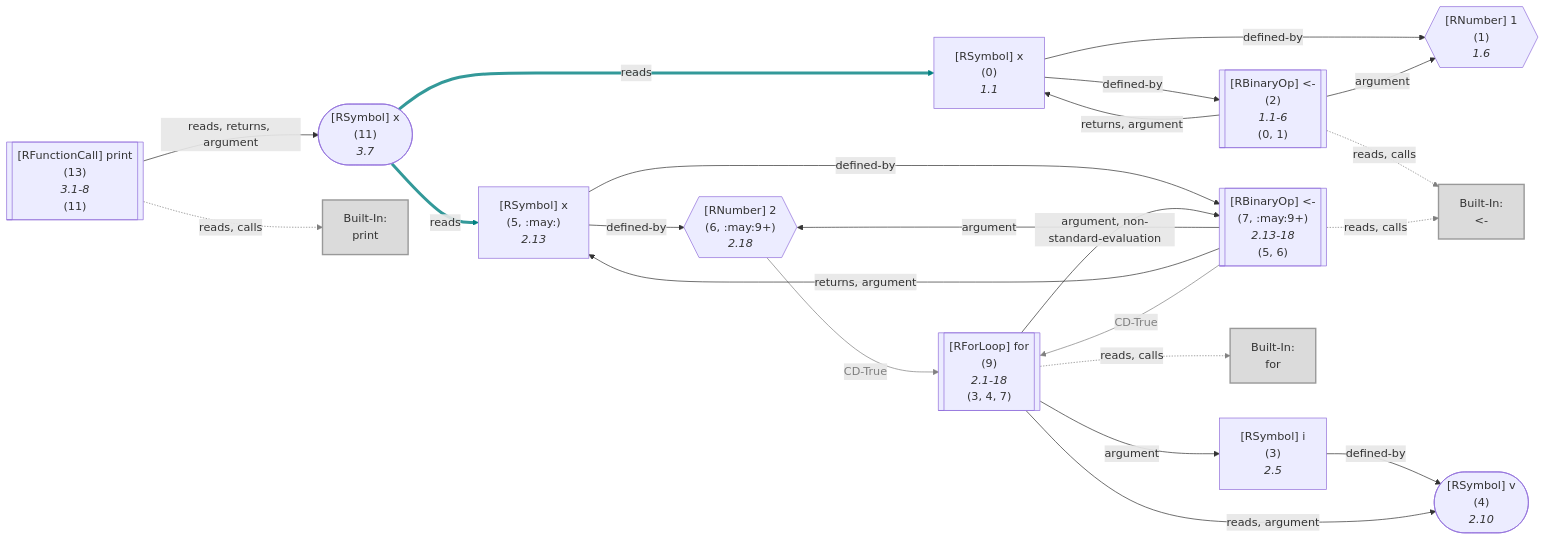
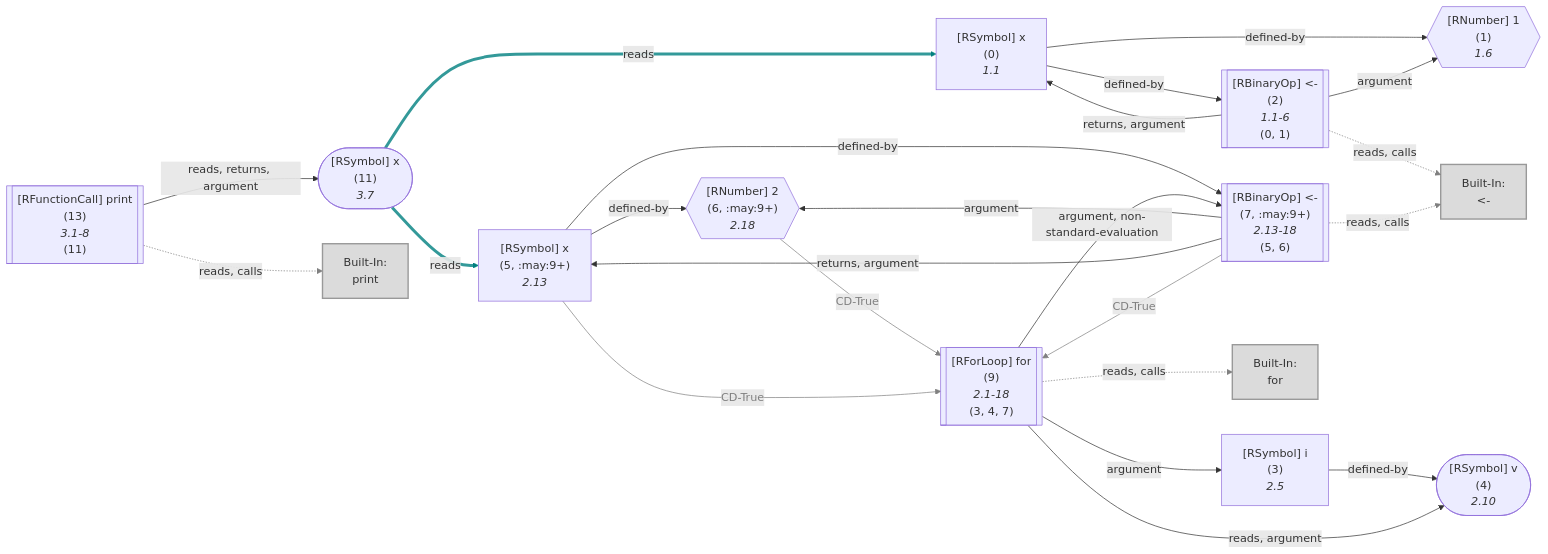
One commit to flowr-analysis/flowr changed the tenth of 51 diagrams in wiki/Dataflow Graph.md. Above: the diagram before and after it, drawn with Mermaid. The commit also changed other lines of this file and 13 other files, not shown here.

Commit message:
[skip ci] doc: update generated wiki pages (wiki/Capabilities,wiki/Dataflow Graph,wiki/Interface,wiki/Core,README)

````diff
--- a/wiki/Dataflow Graph.md
+++ b/wiki/Dataflow Graph.md
@@ -945,78 +945,80 @@
 ```mermaid
 flowchart LR
     1{{"`#91;RNumber#93; 1
       (1)
       *1.6*`"}}
     0["`#91;RSymbol#93; x
       (0)
       *1.1*`"]
     2[["`#91;RBinaryOp#93; #60;#45;
       (2)
       *1.1-6*
     (0, 1)`"]]
     built-in:_-["`Built-In:
 #60;#45;`"]
     style built-in:_- stroke:gray,fill:lightgray,stroke-width:2px,opacity:.8;
     3["`#91;RSymbol#93; i
       (3)
       *2.5*`"]
     4(["`#91;RSymbol#93; v
       (4)
       *2.10*`"])
     6{{"`#91;RNumber#93; 2
       (6, :may:9+)
       *2.18*`"}}
     5["`#91;RSymbol#93; x
-      (5, :may:)
+      (5, :may:9+)
       *2.13*`"]
     7[["`#91;RBinaryOp#93; #60;#45;
       (7, :may:9+)
       *2.13-18*
     (5, 6)`"]]
     9[["`#91;RForLoop#93; for
       (9)
       *2.1-18*
     (3, 4, 7)`"]]
     built-in:for["`Built-In:
 for`"]
     style built-in:for stroke:gray,fill:lightgray,stroke-width:2px,opacity:.8;
     11(["`#91;RSymbol#93; x
       (11)
       *3.7*`"])
     13[["`#91;RFunctionCall#93; print
       (13)
       *3.1-8*
     (11)`"]]
     built-in:print["`Built-In:
 print`"]
     style built-in:print stroke:gray,fill:lightgray,stroke-width:2px,opacity:.8;
     0 -->|"defined-by"| 1
     0 -->|"defined-by"| 2
     2 -->|"argument"| 1
     2 -->|"returns, argument"| 0
     2 -.->|"reads, calls"| built-in:_-
     linkStyle 4 stroke:gray;
     3 -->|"defined-by"| 4
     6 -->|"CD-True"| 9
     linkStyle 6 stroke:gray,color:gray;
     5 -->|"defined-by"| 6
     5 -->|"defined-by"| 7
+    5 -->|"CD-True"| 9
+    linkStyle 9 stroke:gray,color:gray;
     7 -->|"argument"| 6
     7 -->|"returns, argument"| 5
     7 -.->|"reads, calls"| built-in:_-
-    linkStyle 11 stroke:gray;
+    linkStyle 12 stroke:gray;
     7 -->|"CD-True"| 9
-    linkStyle 12 stroke:gray,color:gray;
+    linkStyle 13 stroke:gray,color:gray;
     9 -->|"argument"| 3
     9 -->|"reads, argument"| 4
     9 -->|"argument, non-standard-evaluation"| 7
     9 -.->|"reads, calls"| built-in:for
-    linkStyle 16 stroke:gray;
+    linkStyle 17 stroke:gray;
     11 -->|"reads"| 0
-    linkStyle 17 stroke:teal,stroke-width:4.2px,stroke-opacity:.8
+    linkStyle 18 stroke:teal,stroke-width:4.2px,stroke-opacity:.8
     11 -->|"reads"| 5
-    linkStyle 18 stroke:teal,stroke-width:4.2px,stroke-opacity:.8
+    linkStyle 19 stroke:teal,stroke-width:4.2px,stroke-opacity:.8
     13 -->|"reads, returns, argument"| 11
     13 -.->|"reads, calls"| built-in:print
-    linkStyle 20 stroke:gray;
+    linkStyle 21 stroke:gray;
 ```
````
